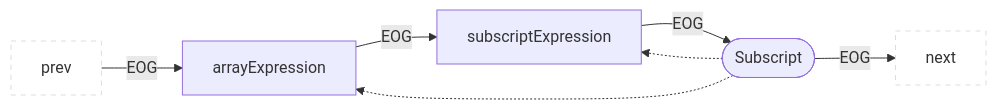
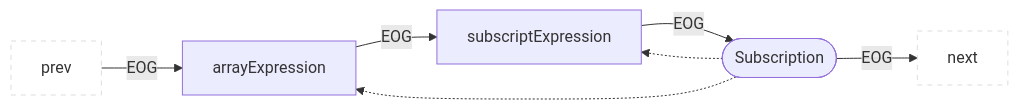
One commit to Fraunhofer-AISEC/cpg changed the eighth of 49 diagrams in docs/docs/CPG/specs/eog.md. Above: the diagram before and after it, drawn with Mermaid. The commit also changed other lines of this file and 110 other files, not shown here.

Commit message:
refactor: rename Construct→Construction, Member→MemberAccess, NewArray→ArrayConstruction, Subscript→Subscription, TypeId→TypeReference

````diff
--- a/docs/docs/CPG/specs/eog.md
+++ b/docs/docs/CPG/specs/eog.md
@@ -181,10 +181,10 @@
 ```mermaid
 flowchart LR
   classDef outer fill:#fff,stroke:#ddd,stroke-dasharray:5 5;
   prev:::outer --EOG--> child
   child --EOG--> child2["subscriptExpression"]
-  parent(["Subscript"]) --EOG--> next:::outer
+  parent(["Subscription"]) --EOG--> next:::outer
   parent -.-> child["arrayExpression"]
   parent -.-> child2
   child2 --EOG--> parent
 ```
````
